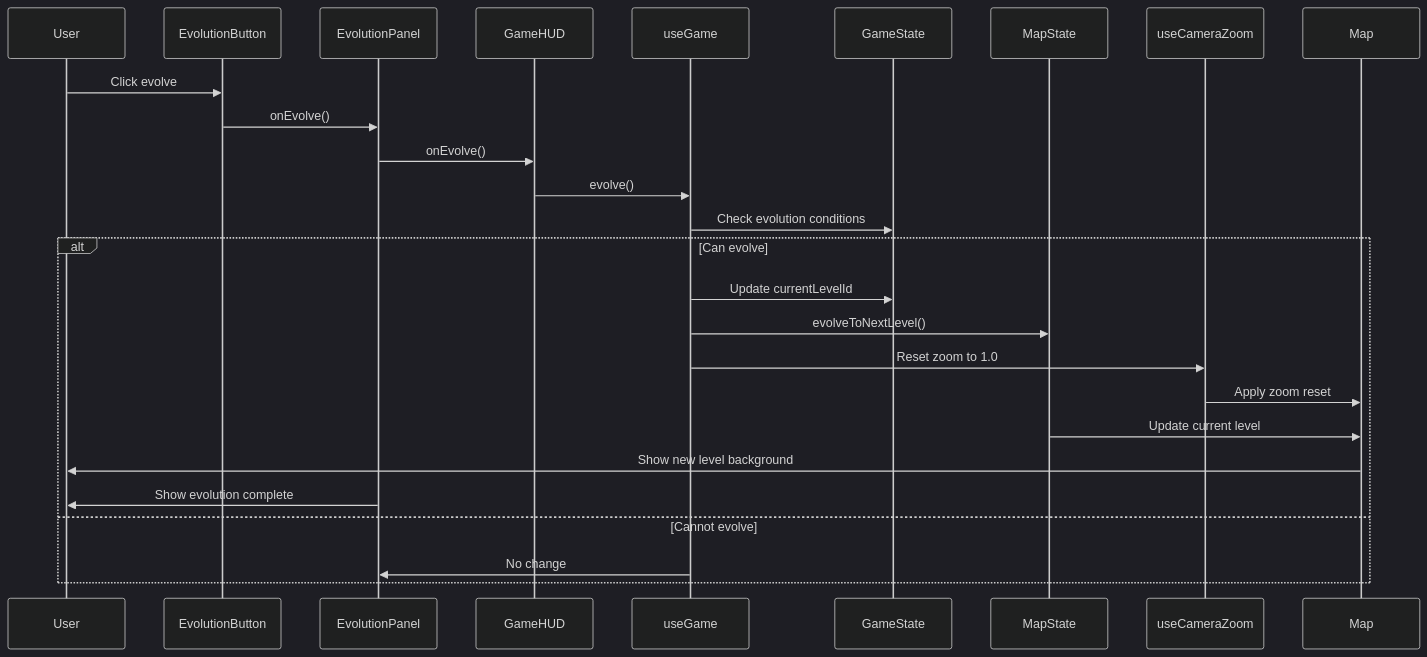
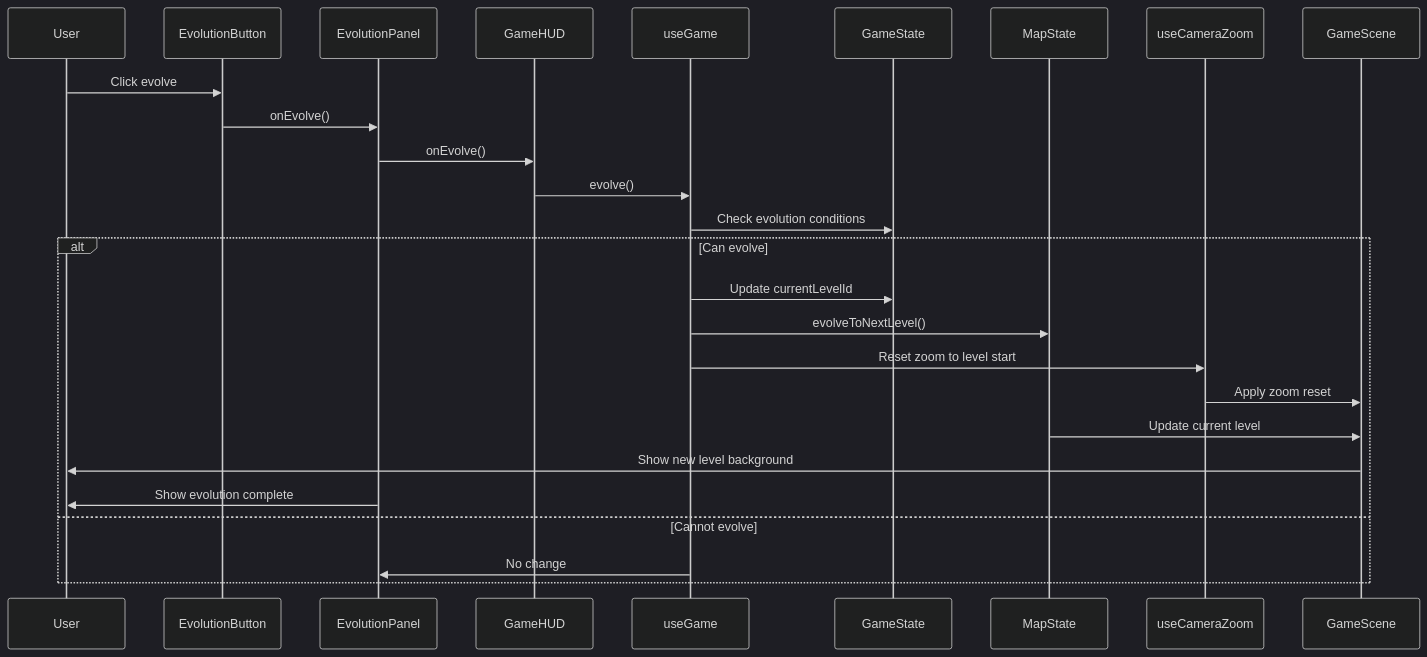
Before and after one commit to andreicstoica/blob-game: the fourth of 16 diagrams in docs/architecture/architecture-diagrams.md, drawn with Mermaid (dark theme). The commit also changed 1 other file, not shown here.

Commit message:
Fixed arch diagrams

````diff
--- a/docs/architecture/architecture-diagrams.md
+++ b/docs/architecture/architecture-diagrams.md
@@ -299,29 +299,29 @@
 ```mermaid
 sequenceDiagram
     participant User
     participant EvolutionButton
     participant EvolutionPanel
     participant GameHUD
     participant useGame
     participant GameState
     participant MapState
     participant useCameraZoom
-    participant Map
+    participant GameScene
 
     User->>EvolutionButton: Click evolve
     EvolutionButton->>EvolutionPanel: onEvolve()
     EvolutionPanel->>GameHUD: onEvolve()
     GameHUD->>useGame: evolve()
     useGame->>GameState: Check evolution conditions
     alt Can evolve
         useGame->>GameState: Update currentLevelId
         useGame->>MapState: evolveToNextLevel()
-        useGame->>useCameraZoom: Reset zoom to 1.0
-        useCameraZoom->>Map: Apply zoom reset
-        MapState->>Map: Update current level
-        Map->>User: Show new level background
+        useGame->>useCameraZoom: Reset zoom to level start
+        useCameraZoom->>GameScene: Apply zoom reset
+        MapState->>GameScene: Update current level
+        GameScene->>User: Show new level background
         EvolutionPanel->>User: Show evolution complete
     else Cannot evolve
         useGame->>EvolutionPanel: No change
     end
 ```
````
